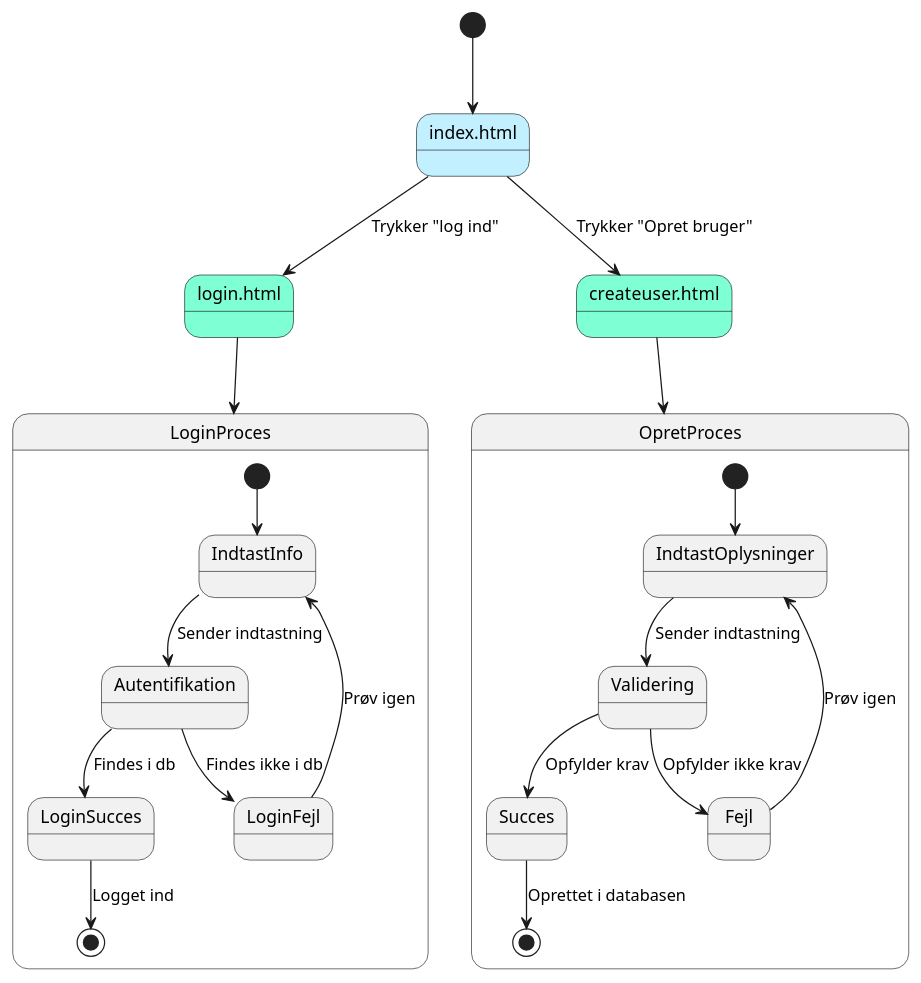
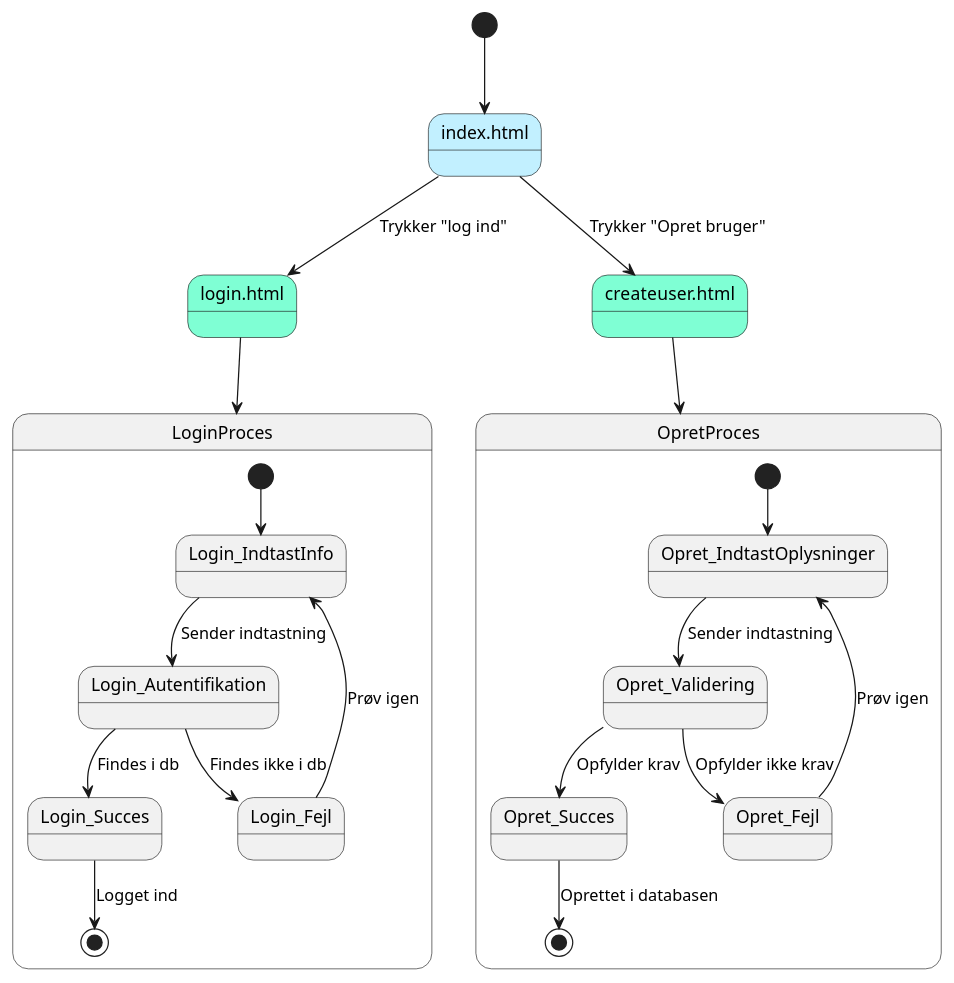
Before and after one commit to Mikkel-ao/Carport: the diagram in docs/login_createuser_statediagram.puml, drawn with PlantUML.

Commit message:
Changed naming in uml

```diff
--- a/docs/login_createuser_statediagram.puml
+++ b/docs/login_createuser_statediagram.puml
@@ -1,33 +1,32 @@
 @startuml
 [*] --> Index
 
 state "index.html" as Index #Application
 state "login.html" as Login #Aquamarine
 state "createuser.html" as Opret #Aquamarine
 
 Index --> Login : Trykker "log ind"
 Index --> Opret : Trykker "Opret bruger"
 
 state LoginProces {
-  [*] --> IndtastInfo
-  IndtastInfo --> Autentifikation : Sender indtastning
-  Autentifikation --> LoginSucces : Findes i db
-  Autentifikation --> LoginFejl : Findes ikke i db
-  LoginFejl --> IndtastInfo : Prøv igen
-  LoginSucces --> [*] : Logget ind
-
+  [*] --> Login_IndtastInfo
+  Login_IndtastInfo --> Login_Autentifikation : Sender indtastning
+  Login_Autentifikation --> Login_Succes : Findes i db
+  Login_Autentifikation --> Login_Fejl : Findes ikke i db
+  Login_Fejl --> Login_IndtastInfo : Prøv igen
+  Login_Succes --> [*] : Logget ind
 }
 
 state OpretProces {
-  [*] --> IndtastOplysninger
-  IndtastOplysninger --> Validering : Sender indtastning
-  Validering --> Succes : Opfylder krav
-  Validering --> Fejl : Opfylder ikke krav
-  Fejl --> IndtastOplysninger : Prøv igen
-  Succes --> [*] : Oprettet i databasen
+  [*] --> Opret_IndtastOplysninger
+  Opret_IndtastOplysninger --> Opret_Validering : Sender indtastning
+  Opret_Validering --> Opret_Succes : Opfylder krav
+  Opret_Validering --> Opret_Fejl : Opfylder ikke krav
+  Opret_Fejl --> Opret_IndtastOplysninger : Prøv igen
+  Opret_Succes --> [*] : Oprettet i databasen
 }
 
 Login --> LoginProces
 Opret --> OpretProces
 
 @enduml
```
